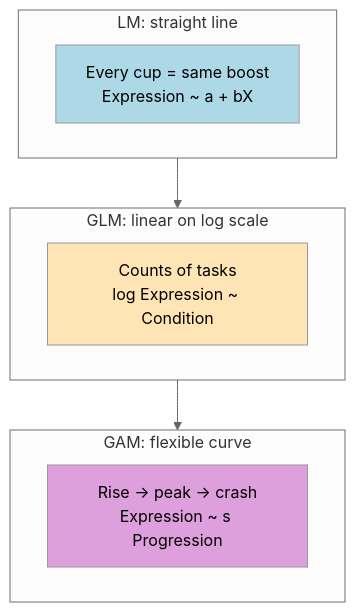
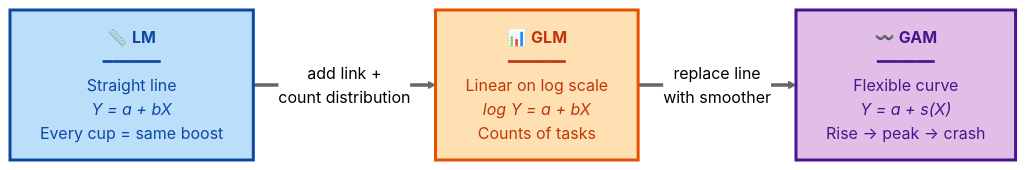
Before and after one commit to ramadatta/ramadatta.github.io: the second of 4 diagrams in _posts/2026-04-13-LM-vs-GLM-vs-GAM.md, drawn with Mermaid (neutral theme). The commit also changed other lines of this file, not shown here.

Commit message:
Blog Post: When to Reach for LM, GLM, or GAM

```diff
--- a/_posts/2026-04-13-LM-vs-GLM-vs-GAM.md
+++ b/_posts/2026-04-13-LM-vs-GLM-vs-GAM.md
@@ -166,20 +170,13 @@
-<div class="mermaid">
-flowchart TD
-    subgraph LM_Panel["LM: straight line"]
-        LM1["Every cup = same boost<br/>Expression ~ a + bX"]
-    end
+<div class="mermaid" style="display: flex; justify-content: center;">
+flowchart LR
+    LM1["📏 <b>LM</b><br/>━━━━━━<br/>Straight line<br/><i>Y = a + bX</i><br/>Every cup = same boost"]
+    GLM1["📊 <b>GLM</b><br/>━━━━━━<br/>Linear on log scale<br/><i>log Y = a + bX</i><br/>Counts of tasks"]
+    GAM1["〰️ <b>GAM</b><br/>━━━━━━<br/>Flexible curve<br/><i>Y = a + s(X)</i><br/>Rise → peak → crash"]
 
-    subgraph GLM_Panel["GLM: linear on log scale"]
-        GLM1["Counts of tasks<br/>log Expression ~ Condition"]
-    end
+    LM1 ==>|"add link +<br/>count distribution"| GLM1
+    GLM1 ==>|"replace line<br/>with smoother"| GAM1
 
-    subgraph GAM_Panel["GAM: flexible curve"]
-        GAM1["Rise → peak → crash<br/>Expression ~ s Progression"]
-    end
-
-    LM_Panel --> GLM_Panel --> GAM_Panel
-
-    style LM1 fill:#ADD8E6
-    style GLM1 fill:#FFE4B5
-    style GAM1 fill:#DDA0DD
+    style LM1 fill:#BBDEFB,stroke:#0D47A1,stroke-width:3px,color:#0D47A1
+    style GLM1 fill:#FFE0B2,stroke:#E65100,stroke-width:3px,color:#BF360C
+    style GAM1 fill:#E1BEE7,stroke:#4A148C,stroke-width:3px,color:#4A148C
 </div>
```
